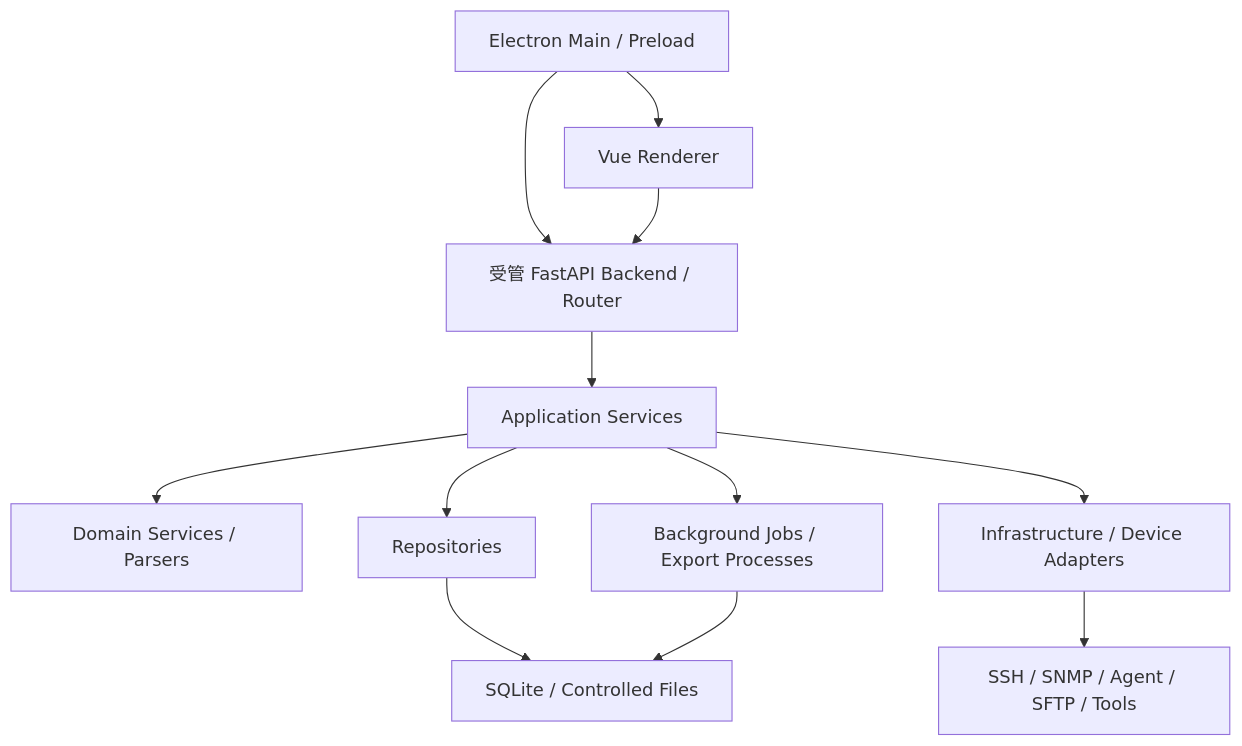
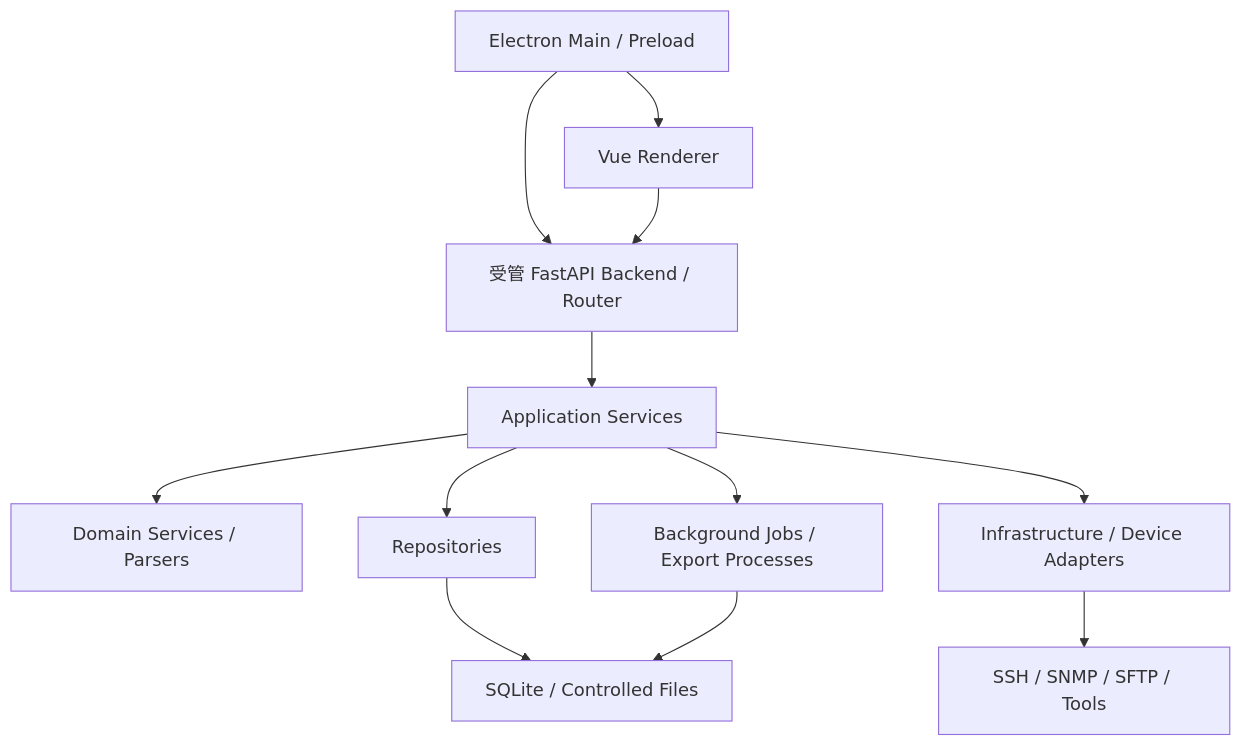
The diagram in README.md (wxj183589/NetConsole), drawn with Mermaid before and after one commit. The commit also changed other lines of this file and 256 other files, not shown here.

````diff
--- a/README.md
+++ b/README.md
@@ -75,14 +75,14 @@
 ```mermaid
 flowchart TB
     E["Electron Main / Preload"] --> V["Vue Renderer"]
     E --> B["受管 FastAPI Backend / Router"]
     V --> B
     B --> A["Application Services"]
     A --> D["Domain Services / Parsers"]
     A --> P["Repositories"]
     A --> J["Background Jobs / Export Processes"]
     A --> I["Infrastructure / Device Adapters"]
     P --> S["SQLite / Controlled Files"]
     J --> S
-    I --> X["SSH / SNMP / Agent / SFTP / Tools"]
+    I --> X["SSH / SNMP / SFTP / Tools"]
 ```
````
